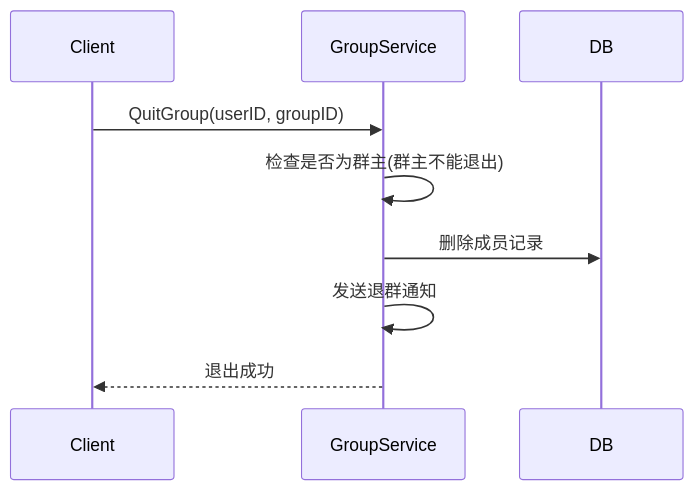
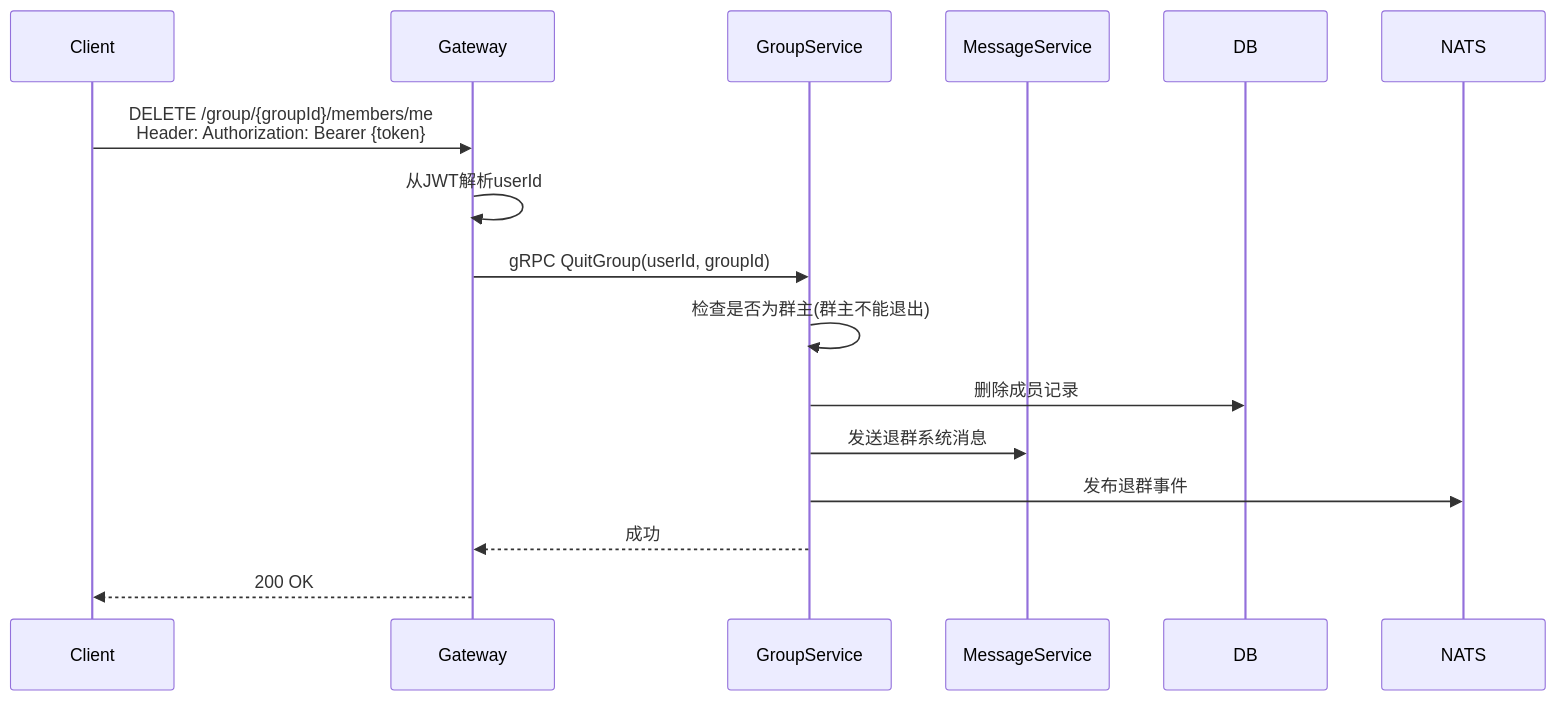
The third of 4 diagrams in docs/design/group/member.md (yzhgit/anychat-server), drawn with Mermaid before and after one commit. The commit also changed other lines of this file and 30 other files, not shown here.

First line of the commit message:
docs: 更新设计文档时序图，添加Gateway和NATS参与者

````diff
--- a/docs/design/group/member.md
+++ b/docs/design/group/member.md
@@ -51,12 +65,19 @@
 ```mermaid
 sequenceDiagram
     participant Client
+    participant Gateway
     participant GroupService
+    participant MessageService
     participant DB
+    participant NATS
 
-    Client->>GroupService: QuitGroup(userID, groupID)
+    Client->>Gateway: DELETE /group/{groupId}/members/me<br/>Header: Authorization: Bearer {token}
+    Gateway->>Gateway: 从JWT解析userId
+    Gateway->>GroupService: gRPC QuitGroup(userId, groupId)
     GroupService->>GroupService: 检查是否为群主(群主不能退出)
     GroupService->>DB: 删除成员记录
-    GroupService->>GroupService: 发送退群通知
-    GroupService-->>Client: 退出成功
+    GroupService->>MessageService: 发送退群系统消息
+    GroupService->>NATS: 发布退群事件
+    GroupService-->>Gateway: 成功
+    Gateway-->>Client: 200 OK
 ```
````
